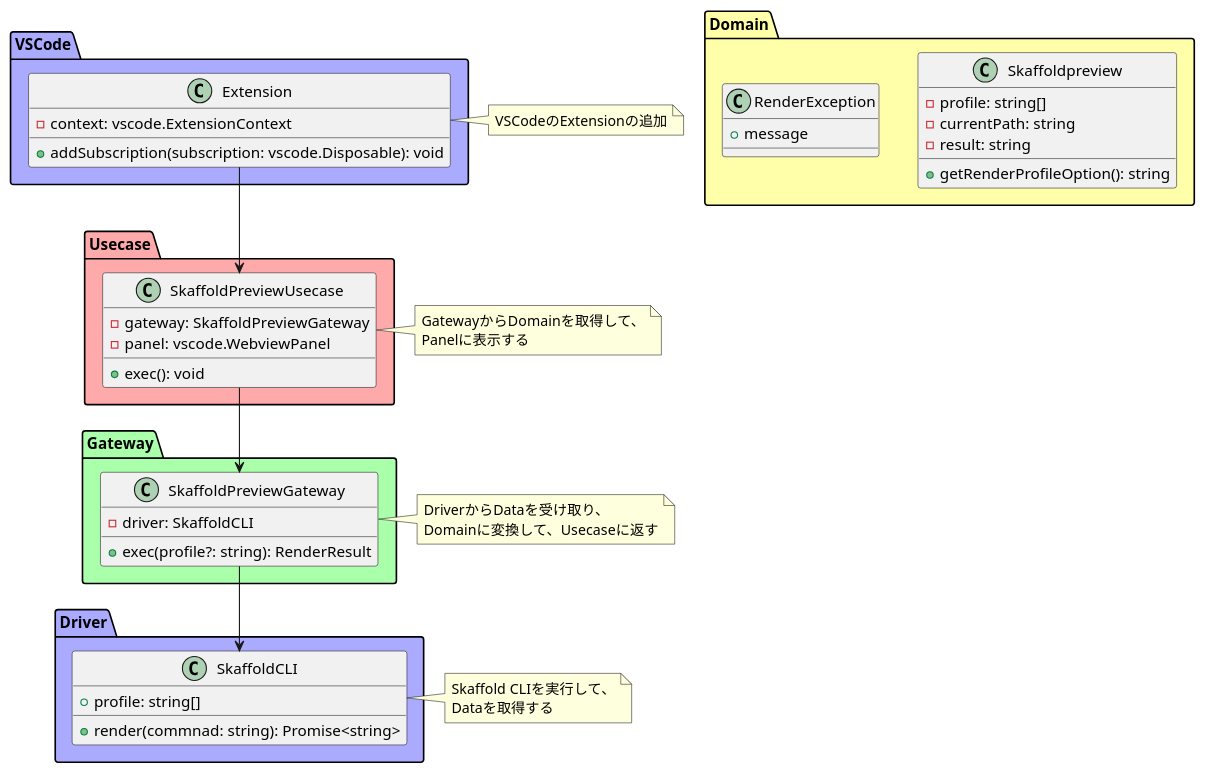
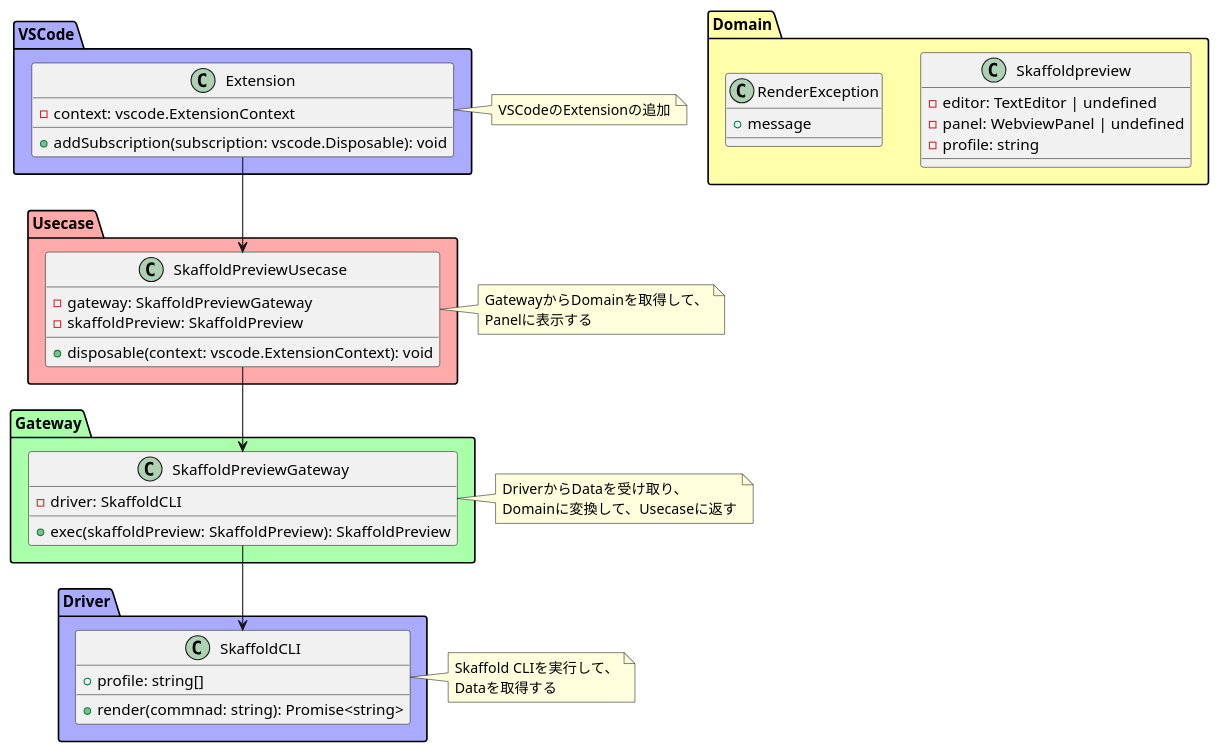
The diagram in docs/class.pu (maaaashi/skaffold-preview), drawn with PlantUML before and after one commit.

Commit message:
update class

```diff
--- a/docs/class.pu
+++ b/docs/class.pu
@@ -1,71 +1,69 @@
 @startuml
 
 package VSCode #AAAAFF {
   class Extension {
     - context: vscode.ExtensionContext
     + addSubscription(subscription: vscode.Disposable): void
   }
 }
 
 package Domain #FFFFAA {
   class Skaffoldpreview {
-    - profile: string[]
-    - currentPath: string
-    - result: string
-
-    + getRenderProfileOption(): string
+    - editor: TextEditor | undefined
+    - panel: WebviewPanel | undefined
+    - profile: string
   }
 
   class RenderException {
     + message
   }
 }
 
 note right of Extension
   VSCodeのExtensionの追加
 end note
 
 package Usecase #FFAAAA {
   class SkaffoldPreviewUsecase {
     - gateway: SkaffoldPreviewGateway
-    - panel: vscode.WebviewPanel
-    + exec(): void
+    - skaffoldPreview: SkaffoldPreview
+    + disposable(context: vscode.ExtensionContext): void
   }
 }
 
 note right of SkaffoldPreviewUsecase
   GatewayからDomainを取得して、
   Panelに表示する
 end note
 
 SkaffoldPreviewUsecase <-up- Extension
 
 package Gateway #AAFFAA {
   class SkaffoldPreviewGateway {
     - driver: SkaffoldCLI
-    + exec(profile?: string): RenderResult
+    + exec(skaffoldPreview: SkaffoldPreview): SkaffoldPreview
   }
 
   SkaffoldPreviewGateway <-up- SkaffoldPreviewUsecase
 }
 
 note right of SkaffoldPreviewGateway
   DriverからDataを受け取り、
   Domainに変換して、Usecaseに返す
 end note
 
 package Driver #AAAAFF {
   class SkaffoldCLI {
     + profile: string[]
     + render(commnad: string): Promise<string>
   }
 }
 
 note right of SkaffoldCLI
   Skaffold CLIを実行して、
   Dataを取得する
 end note
 
 SkaffoldCLI <-up- SkaffoldPreviewGateway
 
 @enduml
```
